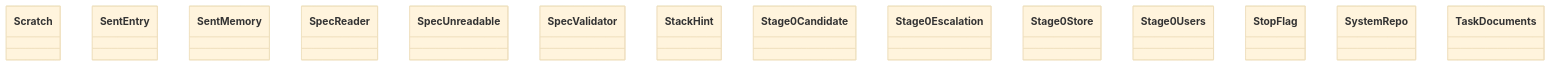
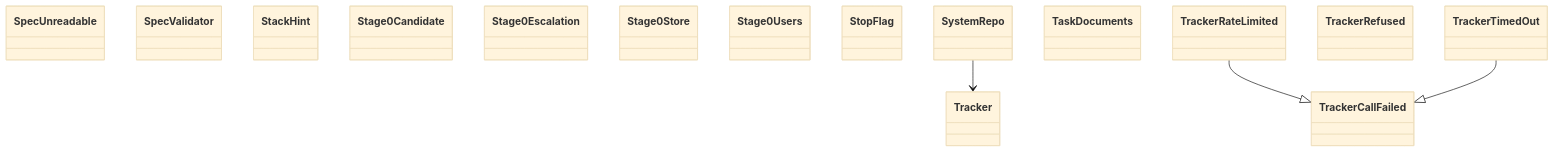
The diagram in docs/architecture/generated/classes-process-application-support-7.md (GonzaloZevallos/agentic-system), drawn with Mermaid (base theme) before and after one commit. The commit also changed other lines of this file and 18 other files, not shown here.

````diff
--- a/docs/architecture/generated/classes-process-application-support-7.md
+++ b/docs/architecture/generated/classes-process-application-support-7.md
@@ -21,17 +21,21 @@
 ```mermaid
 classDiagram
-    class ports__Scratch["Scratch"]
-    class ports__SentEntry["SentEntry"]
-    class ports__SentMemory["SentMemory"]
-    class ports__SpecReader["SpecReader"]
     class ports__SpecUnreadable["SpecUnreadable"]
     class ports__SpecValidator["SpecValidator"]
     class ports__StackHint["StackHint"]
     class ports__Stage0Candidate["Stage0Candidate"]
     class ports__Stage0Escalation["Stage0Escalation"]
     class ports__Stage0Store["Stage0Store"]
     class ports__Stage0Users["Stage0Users"]
     class ports__StopFlag["StopFlag"]
     class ports__SystemRepo["SystemRepo"]
     class ports__TaskDocuments["TaskDocuments"]
+    class ports__Tracker["Tracker"]
+    class ports__TrackerCallFailed["TrackerCallFailed"]
+    class ports__TrackerRateLimited["TrackerRateLimited"]
+    class ports__TrackerRefused["TrackerRefused"]
+    class ports__TrackerTimedOut["TrackerTimedOut"]
+    ports__SystemRepo --> ports__Tracker
+    ports__TrackerRateLimited --|> ports__TrackerCallFailed
+    ports__TrackerTimedOut --|> ports__TrackerCallFailed
 ```
````
